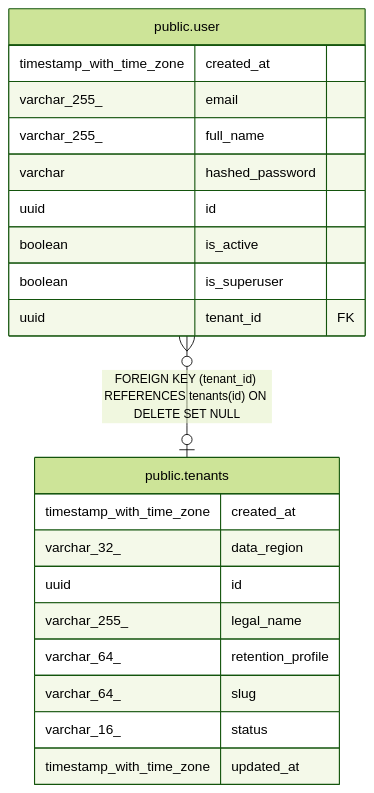
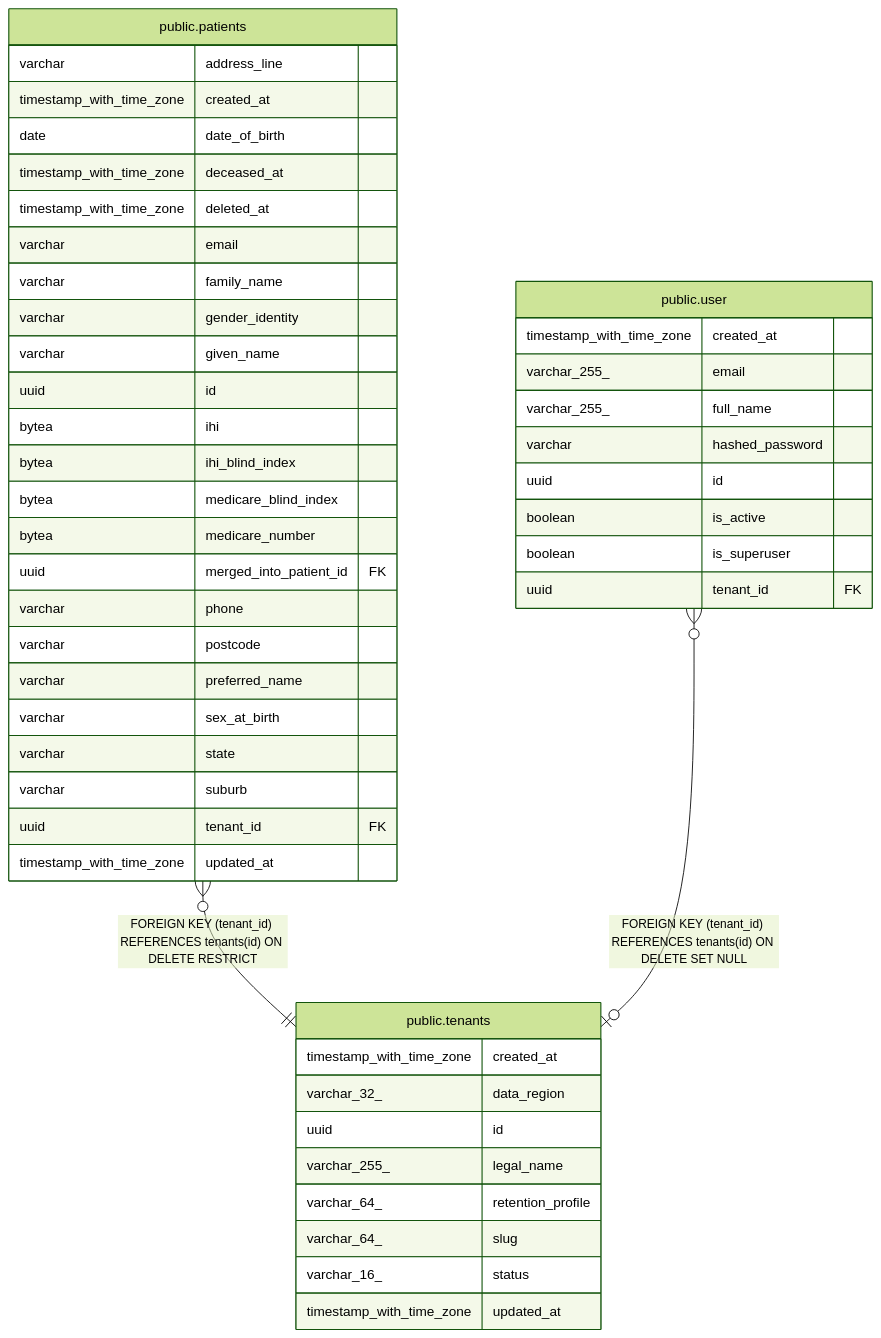
One commit to irajput215/clinic-os changed the diagram in docs/reference/schema/public.tenants.md. Above: the diagram before and after it, drawn with Mermaid (forest theme). The commit also changed other lines of this file and 10 other files, not shown here.

First line of the commit message:
feat(patients): the first tenant-scoped table, with RLS that actually enforces

````diff
--- a/docs/reference/schema/public.tenants.md
+++ b/docs/reference/schema/public.tenants.md
@@ -41,26 +41,52 @@
 ```mermaid
 erDiagram
 
+"public.patients" }o--|| "public.tenants" : "FOREIGN KEY (tenant_id) REFERENCES tenants(id) ON DELETE RESTRICT"
 "public.user" }o--o| "public.tenants" : "FOREIGN KEY (tenant_id) REFERENCES tenants(id) ON DELETE SET NULL"
 
 "public.tenants" {
   timestamp_with_time_zone created_at
   varchar_32_ data_region
   uuid id
   varchar_255_ legal_name
   varchar_64_ retention_profile
   varchar_64_ slug
   varchar_16_ status
+  timestamp_with_time_zone updated_at
+}
+"public.patients" {
+  varchar address_line
+  timestamp_with_time_zone created_at
+  date date_of_birth
+  timestamp_with_time_zone deceased_at
+  timestamp_with_time_zone deleted_at
+  varchar email
+  varchar family_name
+  varchar gender_identity
+  varchar given_name
+  uuid id
+  bytea ihi
+  bytea ihi_blind_index
+  bytea medicare_blind_index
+  bytea medicare_number
+  uuid merged_into_patient_id FK
+  varchar phone
+  varchar postcode
+  varchar preferred_name
+  varchar sex_at_birth
+  varchar state
+  varchar suburb
+  uuid tenant_id FK
   timestamp_with_time_zone updated_at
 }
 "public.user" {
   timestamp_with_time_zone created_at
   varchar_255_ email
   varchar_255_ full_name
   varchar hashed_password
   uuid id
   boolean is_active
   boolean is_superuser
   uuid tenant_id FK
 }
 ```
````
